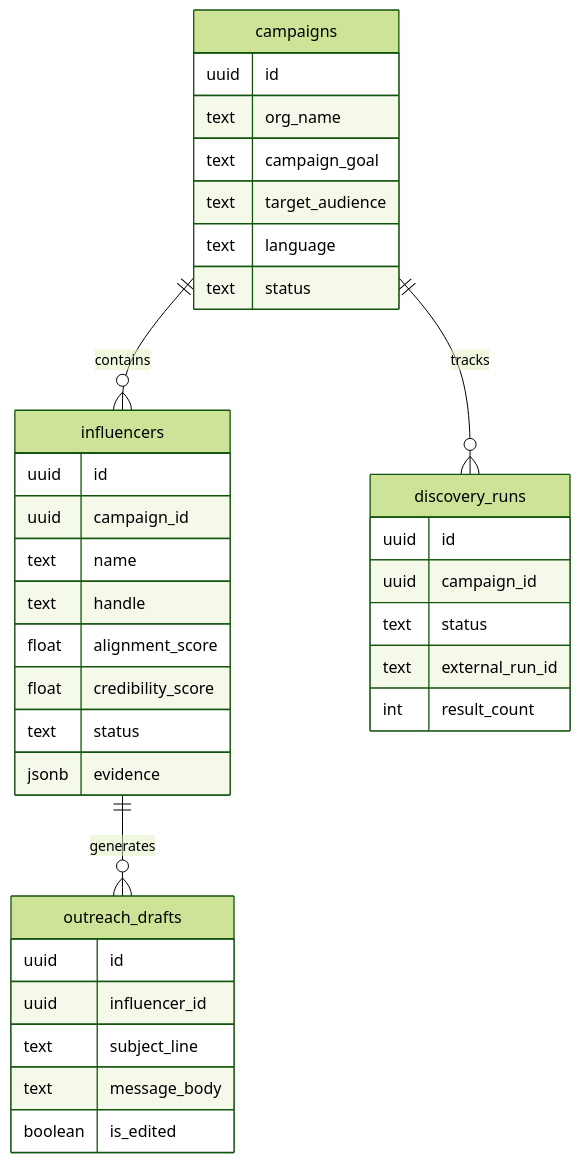
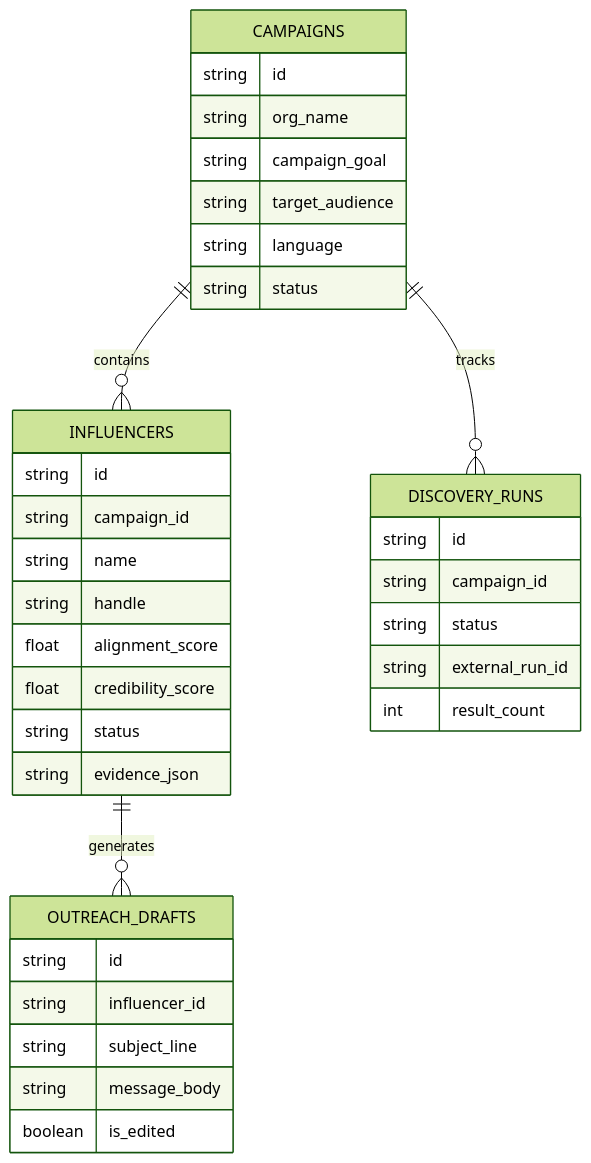
The second of 3 diagrams in readme.md (raptor7197/Influencer-Intelligence-Credibility-Engine), drawn with Mermaid (forest theme) before and after one commit. The commit also changed other lines of this file, not shown here.

Commit message:
syntax error fix

````diff
--- a/readme.md
+++ b/readme.md
@@ -118,42 +111,42 @@
 ```mermaid
 erDiagram
-    campaigns ||--o{ influencers : contains
-    influencers ||--o{ outreach_drafts : generates
-    campaigns ||--o{ discovery_runs : tracks
+    CAMPAIGNS ||--o{ INFLUENCERS : contains
+    INFLUENCERS ||--o{ OUTREACH_DRAFTS : generates
+    CAMPAIGNS ||--o{ DISCOVERY_RUNS : tracks
 
-    campaigns {
-        uuid id
-        text org_name
-        text campaign_goal
-        text target_audience
-        text language
-        text status
+    CAMPAIGNS {
+        string id
+        string org_name
+        string campaign_goal
+        string target_audience
+        string language
+        string status
     }
 
-    influencers {
-        uuid id
-        uuid campaign_id
-        text name
-        text handle
+    INFLUENCERS {
+        string id
+        string campaign_id
+        string name
+        string handle
         float alignment_score
         float credibility_score
-        text status
-        jsonb evidence
+        string status
+        string evidence_json
     }
 
-    outreach_drafts {
-        uuid id
-        uuid influencer_id
-        text subject_line
-        text message_body
+    OUTREACH_DRAFTS {
+        string id
+        string influencer_id
+        string subject_line
+        string message_body
         boolean is_edited
     }
 
-    discovery_runs {
-        uuid id
-        uuid campaign_id
-        text status
-        text external_run_id
+    DISCOVERY_RUNS {
+        string id
+        string campaign_id
+        string status
+        string external_run_id
         int result_count
     }
 ```
````
